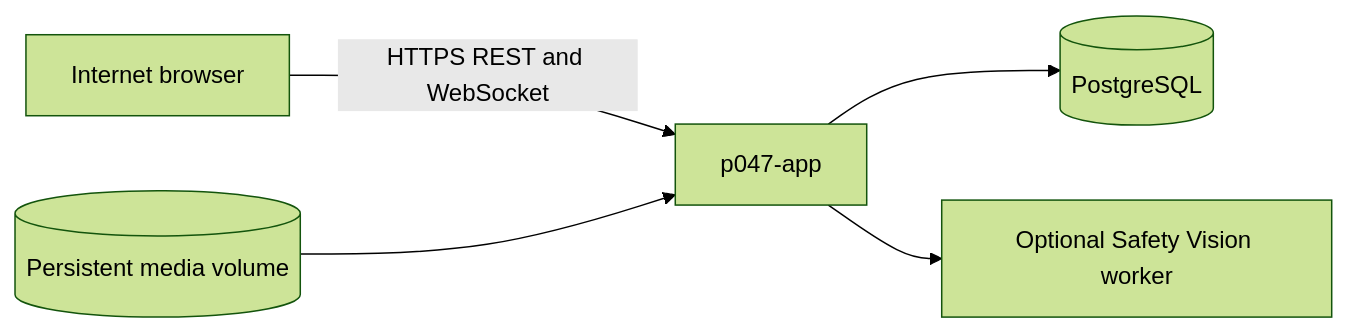
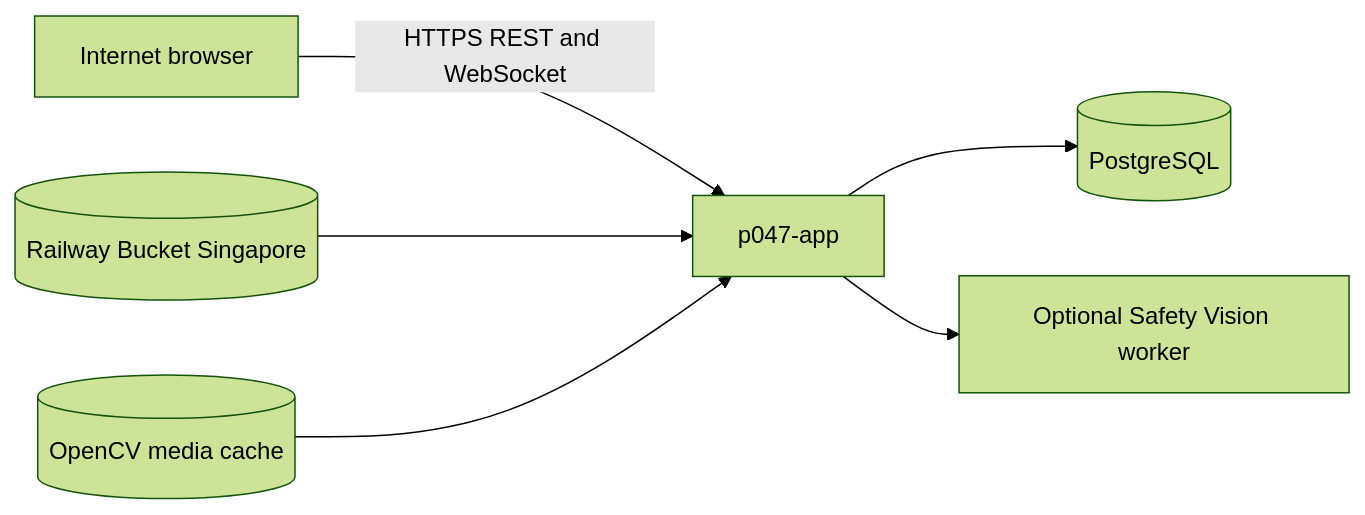
One commit to NguyenNhat4/Sentiel-safety-intelligent changed the fourth of 4 diagrams in ARCHITECTURE.md. Above: the diagram before and after it, drawn with Mermaid (forest theme). The commit also changed other lines of this file and 22 other files, not shown here.

````diff
--- a/ARCHITECTURE.md
+++ b/ARCHITECTURE.md
@@ -110,7 +113,8 @@
 ```mermaid
 flowchart LR
     browser[Internet browser] -->|HTTPS REST and WebSocket| backend["p047-app"]
-    volume[(Persistent media volume)] --> backend
+    bucket[(Railway Bucket Singapore)] --> backend
+    volume[(OpenCV media cache)] --> backend
     backend --> postgres[(PostgreSQL)]
     backend --> vision[Optional Safety Vision worker]
 ```
````
